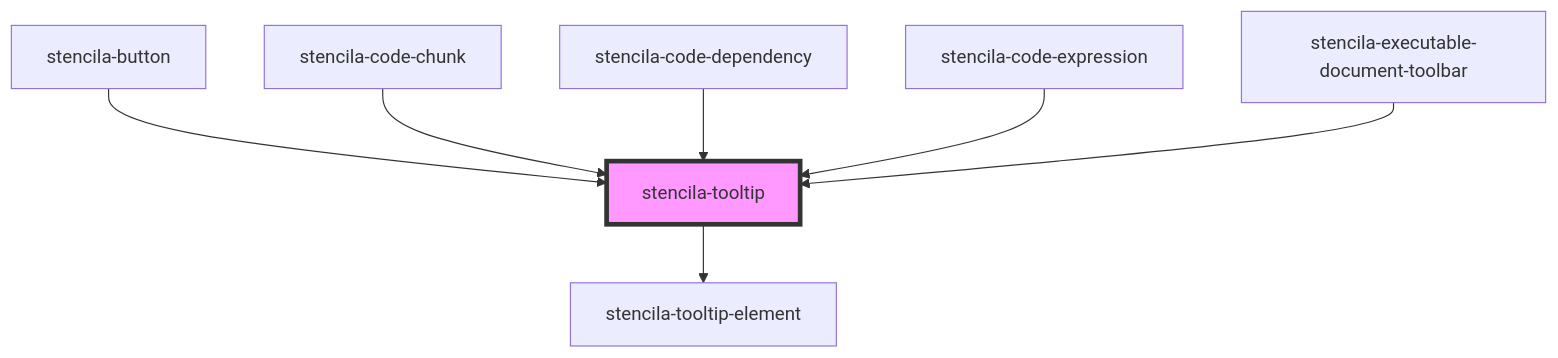
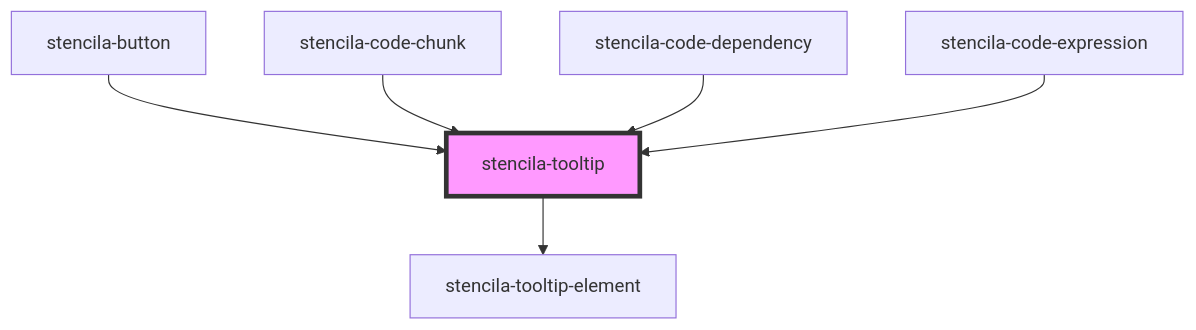
The diagram in packages/components/src/components/tooltip/readme.md (stencila/designa), drawn with Mermaid before and after one commit. The commit also changed other lines of this file and 16 other files, not shown here.

First line of the commit message:
refactor(Document Toolbar): Rename component

````diff
--- a/packages/components/src/components/tooltip/readme.md
+++ b/packages/components/src/components/tooltip/readme.md
@@ -31,10 +30,9 @@
 ```mermaid
 graph TD;
   stencila-tooltip --> stencila-tooltip-element
   stencila-button --> stencila-tooltip
   stencila-code-chunk --> stencila-tooltip
   stencila-code-dependency --> stencila-tooltip
   stencila-code-expression --> stencila-tooltip
-  stencila-executable-document-toolbar --> stencila-tooltip
   style stencila-tooltip fill:#f9f,stroke:#333,stroke-width:4px
 ```
````
